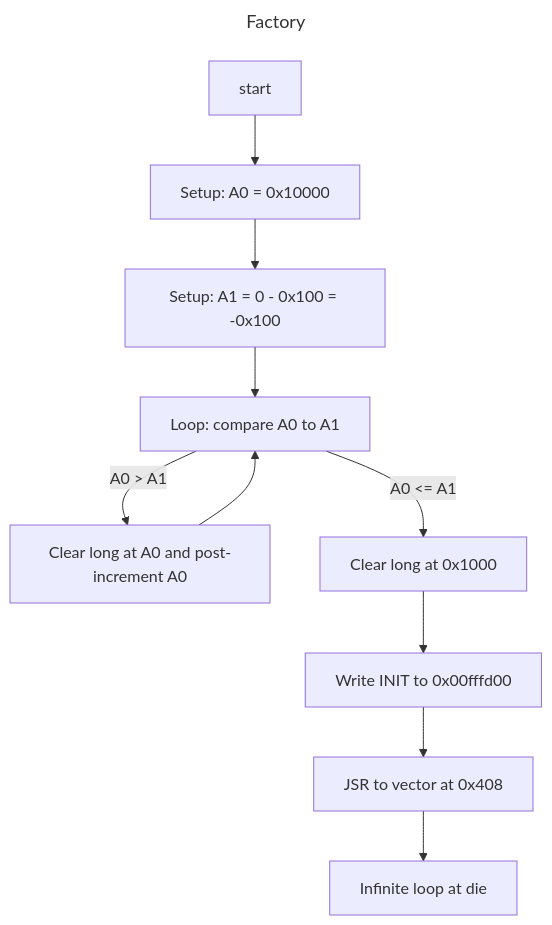
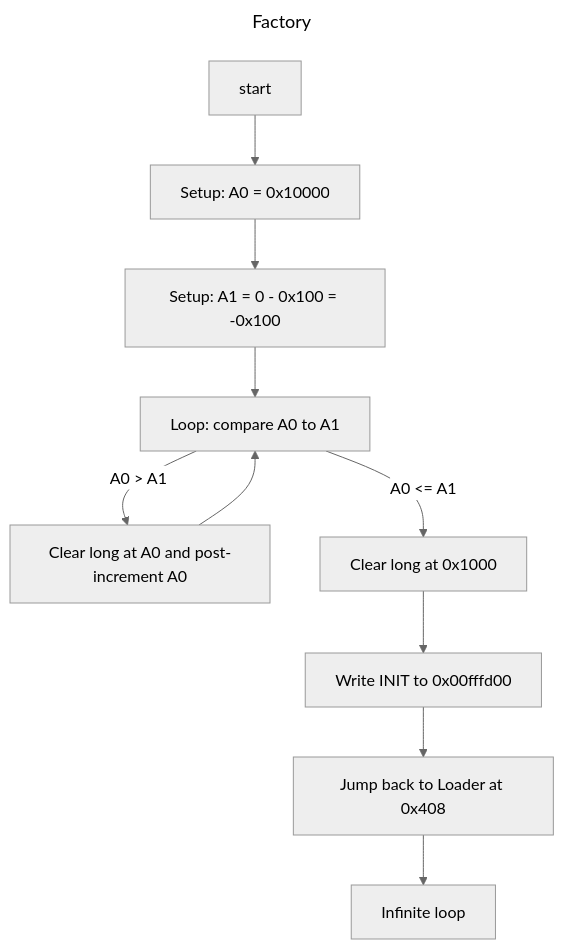
Before and after one commit to Automatenunsinn/factory: the diagram in README.md, drawn with Mermaid. The commit also changed other lines of this file, not shown here.

````diff
--- a/README.md
+++ b/README.md
@@ -4,19 +1,19 @@
 ```mermaid
 ---
 title: Factory
 config:
-  theme: light
+  theme: neutral
   themeVariables:
     fontFamily: "Bahnschrift Light"
 ---
 flowchart TD
     A[start] --> B[Setup: A0 = 0x10000]
     B --> C[Setup: A1 = 0 - 0x100 = -0x100]
     C --> D[Loop: compare A0 to A1]
     D -->|A0 > A1| E[Clear long at A0 and post-increment A0]
     E --> D
     D -->|A0 <= A1| F[Clear long at 0x1000]
     F --> G[Write INIT to 0x00fffd00]
-    G --> H[JSR to vector at 0x408]
-    H --> I[Infinite loop at die]
+    G --> H[Jump back to Loader at 0x408]
+    H --> I[Infinite loop]
 ```
````
